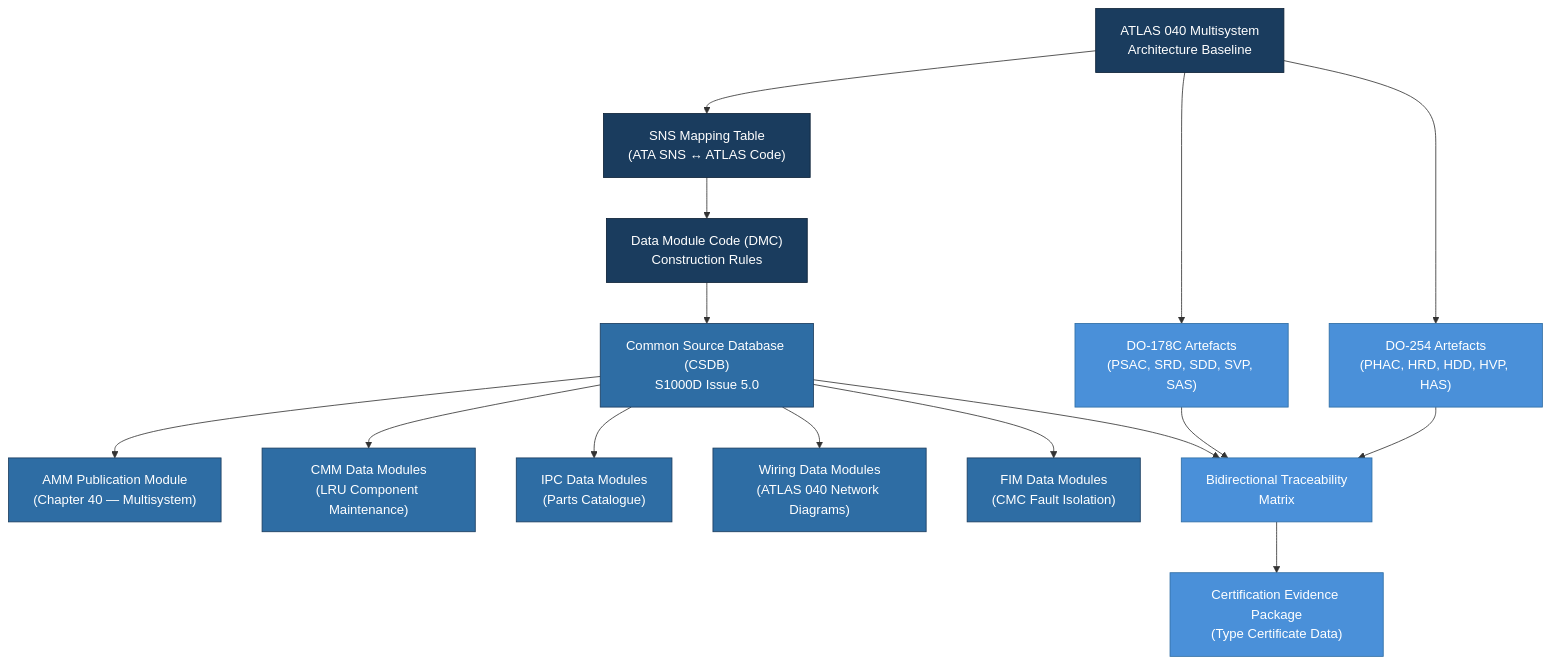
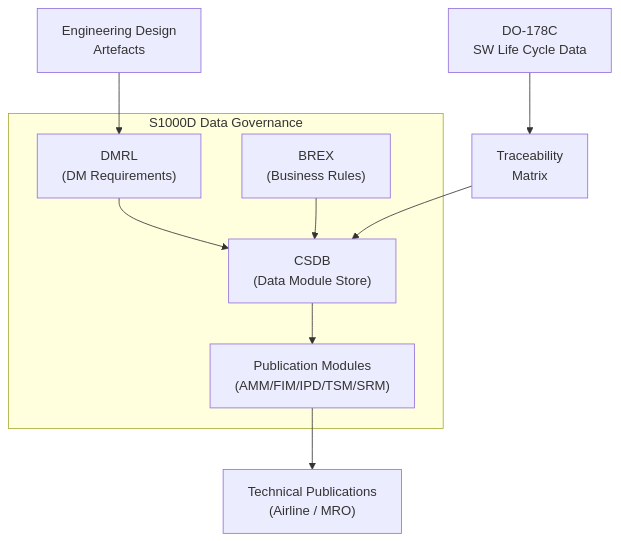
Before and after one commit to AmedeoPelliccia/Qplus-For-All-Queer-People-and-Quantum: the first of 3 diagrams in Q+ATLANTIDE/000-099_ATLAS/040-049_Avionica-Informacion-y-APU/040_Multisystem/040-090-S1000D-CSDB-Mapping-and-Traceability.md, drawn with Mermaid. The commit also changed other lines of this file and 10 other files, not shown here.

````diff
--- a/Q+ATLANTIDE/000-099_ATLAS/040-049_Avionica-Informacion-y-APU/040_Multisystem/040-090-S1000D-CSDB-Mapping-and-Traceability.md
+++ b/Q+ATLANTIDE/000-099_ATLAS/040-049_Avionica-Informacion-y-APU/040_Multisystem/040-090-S1000D-CSDB-Mapping-and-Traceability.md
@@ -66,30 +154,18 @@
 ```mermaid
-flowchart TD
-    ATLAS040["ATLAS 040 Multisystem\nArchitecture Baseline"]
+graph TB
+    subgraph DataGov["S1000D Data Governance"]
+        DMRL_DOC["DMRL\n(DM Requirements)"]
+        BREX_DOC["BREX\n(Business Rules)"]
+        CSDB["CSDB\n(Data Module Store)"]
+        PMC["Publication Modules\n(AMM/FIM/IPD/TSM/SRM)"]
+    end
+    ENG_DOCS["Engineering Design\nArtefacts"]
+    DO178C_DOCS["DO-178C\nSW Life Cycle Data"]
+    TRACE_MTX["Traceability\nMatrix"]
+    TECPUB["Technical Publications\n(Airline / MRO)"]
 
-    ATLAS040 --> SNS_MAP["SNS Mapping Table\n(ATA SNS ↔ ATLAS Code)"]
-    SNS_MAP --> DMC["Data Module Code (DMC)\nConstruction Rules"]
-    DMC --> CSDB["Common Source Database (CSDB)\nS1000D Issue 5.0"]
-
-    CSDB --> AMM["AMM Publication Module\n(Chapter 40 — Multisystem)"]
-    CSDB --> CMM["CMM Data Modules\n(LRU Component Maintenance)"]
-    CSDB --> IPC["IPC Data Modules\n(Parts Catalogue)"]
-    CSDB --> WDM["Wiring Data Modules\n(ATLAS 040 Network Diagrams)"]
-    CSDB --> FIM_DM["FIM Data Modules\n(CMC Fault Isolation)"]
-
-    ATLAS040 --> DO178["DO-178C Artefacts\n(PSAC, SRD, SDD, SVP, SAS)"]
-    ATLAS040 --> DO254["DO-254 Artefacts\n(PHAC, HRD, HDD, HVP, HAS)"]
-
-    DO178 --> TRACE["Bidirectional Traceability\nMatrix"]
-    DO254 --> TRACE
-    CSDB --> TRACE
-
-    TRACE --> CERT_PKG["Certification Evidence Package\n(Type Certificate Data)"]
-
-    classDef atlas fill:#1a3c5e,color:#fff,stroke:#0d2137
-    classDef csdb fill:#2e6da4,color:#fff,stroke:#1a3c5e
-    classDef cert fill:#4a90d9,color:#fff,stroke:#2e6da4
-    class ATLAS040,SNS_MAP,DMC atlas
-    class CSDB,AMM,CMM,IPC,WDM,FIM_DM csdb
-    class DO178,DO254,TRACE,CERT_PKG cert
+    ENG_DOCS --> DMRL_DOC --> CSDB
+    DO178C_DOCS --> TRACE_MTX --> CSDB
+    BREX_DOC --> CSDB
+    CSDB --> PMC --> TECPUB
 ```
````
